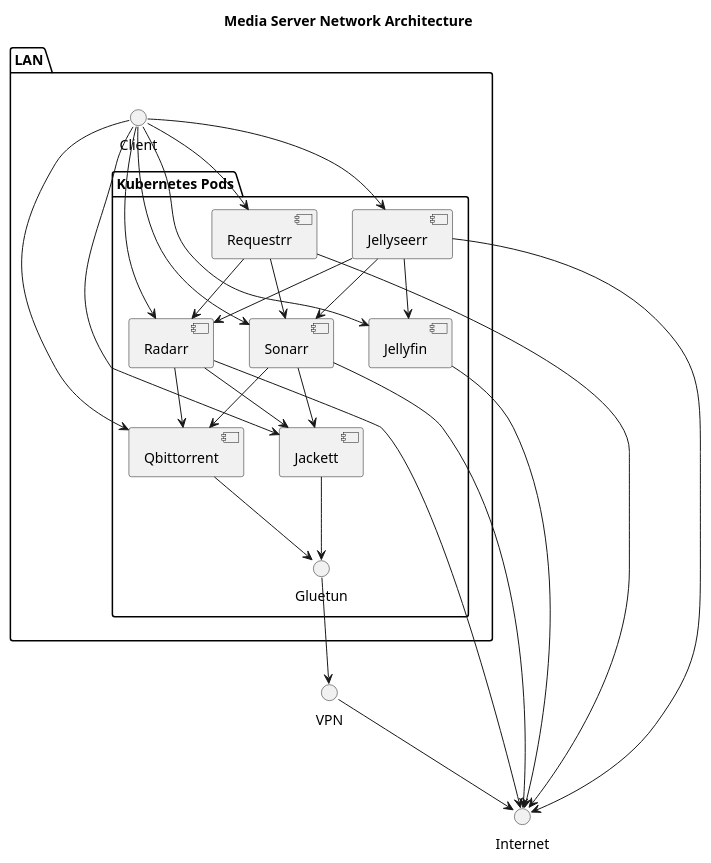
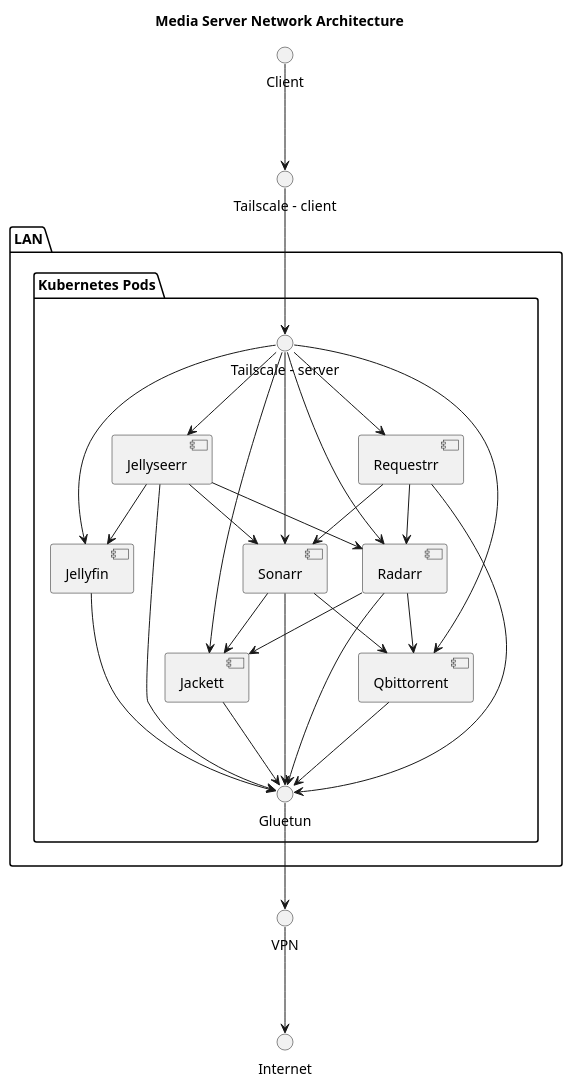
One commit to mhwdvs/media-server changed the diagram in helm/design.puml. Above: the diagram before and after it, drawn with PlantUML. The commit also changed 16 other files, not shown here.

```diff
--- a/helm/design.puml
+++ b/helm/design.puml
@@ -1,57 +1,61 @@
 @startuml Media Server Network Architecture 
 title Media Server Network Architecture 
 
 () Internet
 () VPN
+() Client
+() "Tailscale - client"
 
 package LAN{
-    () Client
 
     package "Kubernetes Pods"{
         [Jellyfin]
         [Jellyseerr]
         [Jackett]
         [Sonarr]
         [Radarr]
         [Qbittorrent]
         [Requestrr]
         () Gluetun
+        () "Tailscale - server"
     }
 
     ' Egress for some sensitive services over VPN
     Gluetun --> VPN
     VPN --> Internet
     Qbittorrent --> Gluetun
     Jackett --> Gluetun
 
     ' Egress for other services 
-    Jellyfin --> Internet
-    Jellyseerr --> Internet
-    Sonarr --> Internet
-    Radarr --> Internet
-    Requestrr --> Internet
+    Jellyfin --> Gluetun
+    Jellyseerr --> Gluetun
+    Sonarr --> Gluetun
+    Radarr --> Gluetun
+    Requestrr --> Gluetun
 
     Sonarr --> Jackett
     Radarr --> Jackett
     Sonarr --> Qbittorrent
     Radarr --> Qbittorrent
 
     Requestrr --> Sonarr
     Requestrr --> Radarr
 
     Jellyseerr --> Jellyfin
     Jellyseerr --> Sonarr
     Jellyseerr --> Radarr
 
     ' Ingress to all services locally
-    Client -->  Jellyfin
-    Client --> Jellyseerr
-    Client --> Jackett
-    Client --> Sonarr
-    Client --> Radarr
-    Client --> Qbittorrent
-    Client --> Requestrr
+    Client --> "Tailscale - client"
+    "Tailscale - client" --> "Tailscale - server"
+    "Tailscale - server" --> Jellyfin
+    "Tailscale - server" --> Jellyseerr
+    "Tailscale - server" --> Jackett
+    "Tailscale - server" --> Sonarr
+    "Tailscale - server" --> Radarr
+    "Tailscale - server" --> Qbittorrent
+    "Tailscale - server" --> Requestrr
 }
 
 
 @enduml
```
